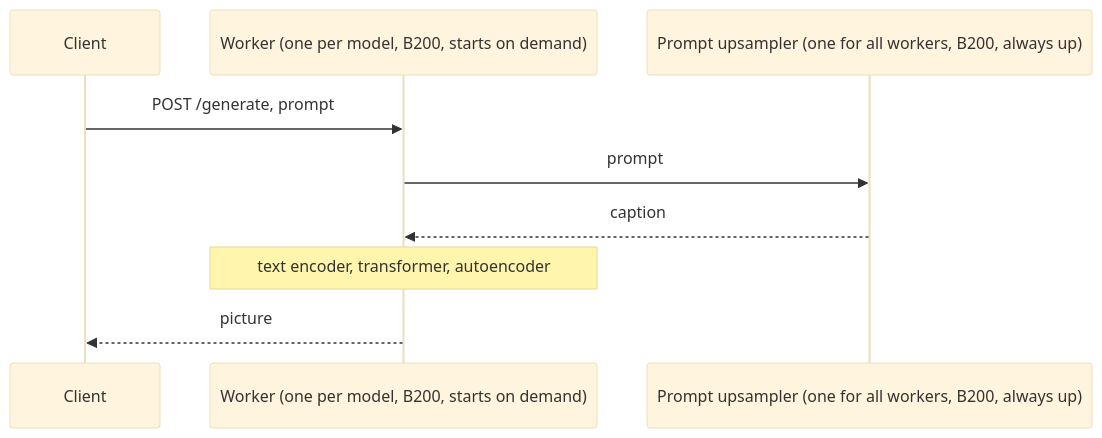
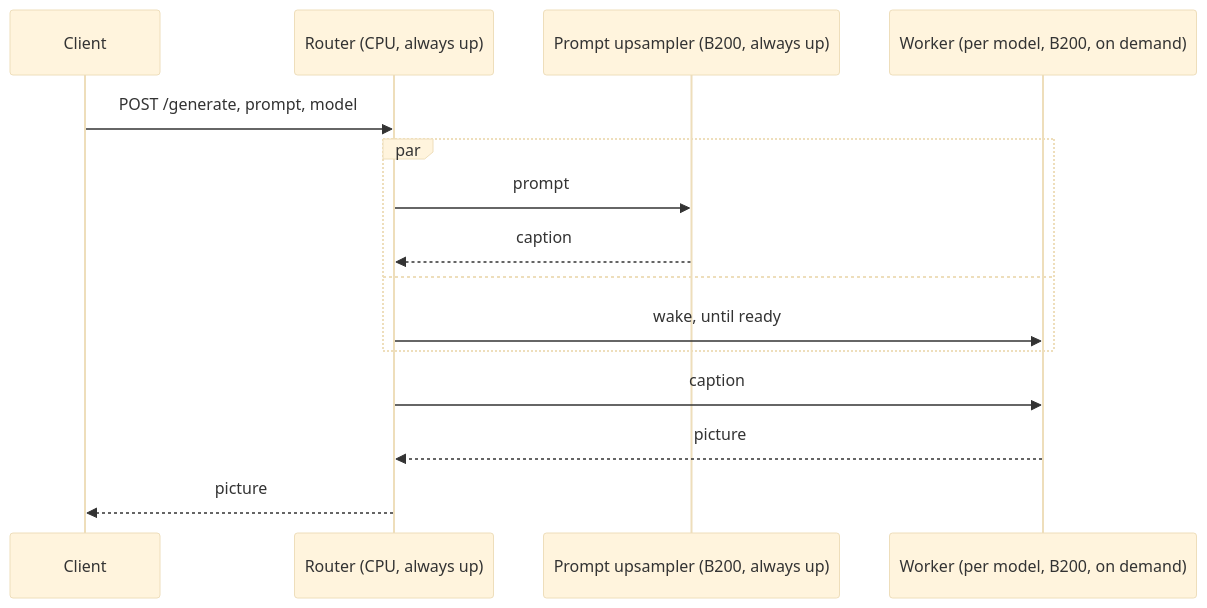
One commit to nicolaslara/flux-3-klein-shared-upsampler changed the diagram in README.md. Above: the diagram before and after it, drawn with Mermaid (base theme). The commit also changed other lines of this file and 2 other files, not shown here.

Commit message:
Add the router: expand the prompt while the worker starts, hold requests instead of 503

````diff
--- a/README.md
+++ b/README.md
@@ -12,11 +13,17 @@
 ```mermaid
 sequenceDiagram
     participant C as Client
-    participant W as Worker (one per model, B200, starts on demand)
-    participant U as Prompt upsampler (one for all workers, B200, always up)
-    C->>W: POST /generate, prompt
-    W->>U: prompt
-    U-->>W: caption
-    Note over W: text encoder, transformer, autoencoder
-    W-->>C: picture
+    participant R as Router (CPU, always up)
+    participant U as Prompt upsampler (B200, always up)
+    participant W as Worker (per model, B200, on demand)
+    C->>R: POST /generate, prompt, model
+    par
+        R->>U: prompt
+        U-->>R: caption
+    and
+        R->>W: wake, until ready
+    end
+    R->>W: caption
+    W-->>R: picture
+    R-->>C: picture
 ```
````
